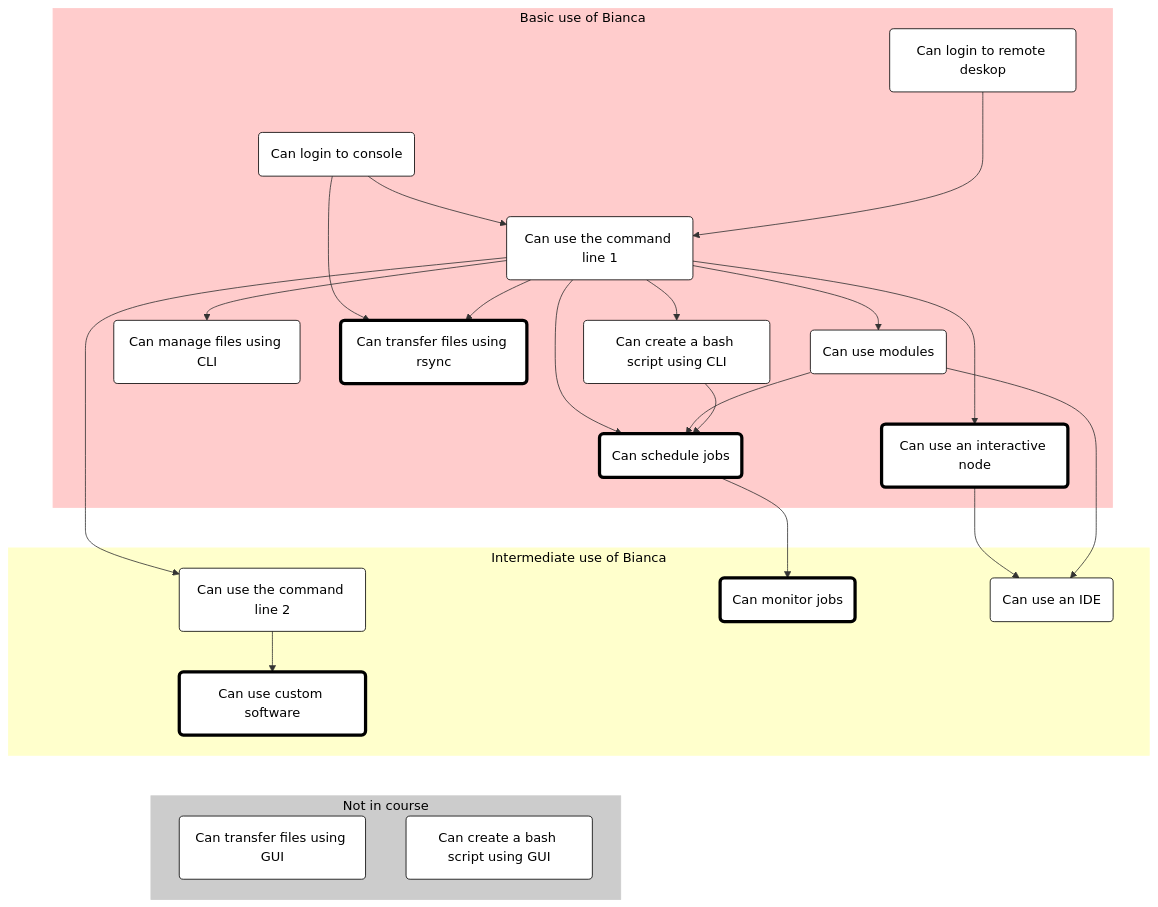
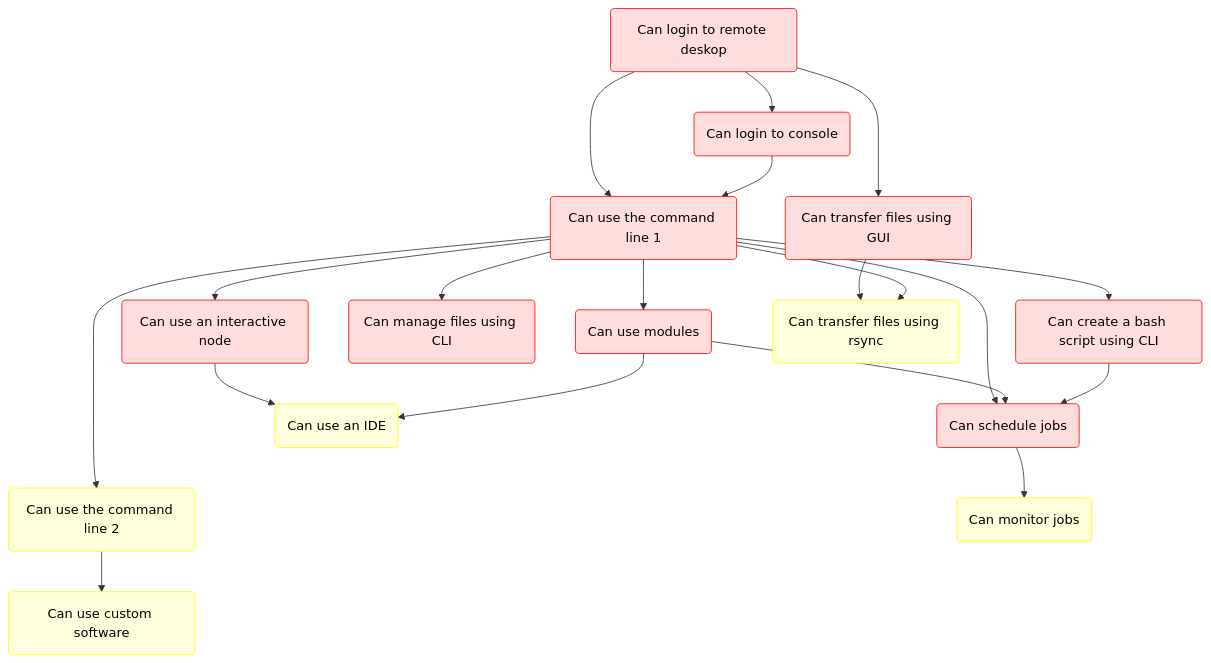
The diagram in docs/intro.md (UPPMAX/bianca_workshop), drawn with Mermaid before and after one commit. The commit also changed other lines of this file, not shown here.

Commit message:
Add suggested schedule by Björn

````diff
--- a/docs/intro.md
+++ b/docs/intro.md
@@ -91,72 +120,61 @@
 ```mermaid
 %% Direction is top->down
 flowchart TD
 
     %% Give a white background, instead of a transparent one
     classDef node fill:#fff,color:#000,stroke:#000
     classDef focus_node fill:#fff,color:#000,stroke:#000,stroke-width:4px
+    classDef basic_node fill:#fdd,color:#000,stroke:#f00
+    classDef intermediate_node fill:#ffd,color:#000,stroke:#ff0
     
-    subgraph sub_basic_use["Basic use of Bianca"]
-      can_login_to_remove_desktop(Can login to remote deskop)
-      can_login_to_console(Can login to console)
-      can_use_command_line_1(Can use the command line 1)
-      can_use_modules(Can use modules)
-      can_use_interactive_node(Can use an interactive node):::focus_node
-      can_manage_files_using_cli(Can manage files using CLI)
-      can_tranfer_files_using_rsync(Can transfer files using rsync):::focus_node
-      can_schedule_jobs(Can schedule jobs):::focus_node
-      can_create_bash_script_using_cli(Can create a bash script using CLI)
-    end
-    style sub_basic_use fill:#fcc,color:#000,stroke:#fcc
+    %% subgraph sub_basic_use[Basic use of Bianca]
+      can_login_to_remove_desktop(Can login to remote deskop):::basic_node
+      can_login_to_console(Can login to console):::basic_node
+      can_use_command_line_1(Can use the command line 1):::basic_node
+      can_use_modules(Can use modules):::basic_node
+      can_use_interactive_node(Can use an interactive node):::basic_node
+      can_manage_files_using_cli(Can manage files using CLI):::basic_node
+      can_schedule_jobs(Can schedule jobs):::basic_node
+      can_create_bash_script_using_cli(Can create a bash script using CLI):::basic_node
+      can_tranfer_files_using_gui(Can transfer files using GUI):::basic_node
+    %% end
+    %% style sub_basic_use fill:#fcc,color:#000,stroke:#fcc
 
-    subgraph sub_intermediate_use["Intermediate use of Bianca"]
-      can_use_command_line_2(Can use the command line 2)
-      can_use_custom_software(Can use custom software):::focus_node
-      can_monitor_jobs(Can monitor jobs):::focus_node
-      can_use_ide(Can use an IDE)
-    end
-    style sub_intermediate_use fill:#ffc,color:#000,stroke:#ffc
-
-    subgraph sub_non_goal["Not in course"]
-      can_tranfer_files_using_gui(Can transfer files using GUI)
-      can_create_bash_script_using_gui(Can create a bash script using GUI)
-    end
-    style sub_non_goal fill:#ccc,color:#000,stroke:#ccc
+    %% subgraph sub_intermediate_use[Intermediate use of Bianca]
+      can_tranfer_files_using_rsync(Can transfer files using rsync):::intermediate_node
+      can_use_command_line_2(Can use the command line 2):::intermediate_node
+      can_use_custom_software(Can use custom software):::intermediate_node
+      can_monitor_jobs(Can monitor jobs):::intermediate_node
+      can_use_ide(Can use an IDE):::intermediate_node
+    %% end
+    %% style sub_intermediate_use fill:#ffc,color:#000,stroke:#ffc
 
 
     %% Basic
-    can_login_to_console --> can_tranfer_files_using_rsync
+    can_login_to_remove_desktop --> can_login_to_console
+    can_login_to_remove_desktop --> can_use_command_line_1
+    can_login_to_remove_desktop --> can_tranfer_files_using_gui
     can_login_to_console --> can_use_command_line_1
-    can_login_to_remove_desktop ---> can_use_command_line_1
     can_use_command_line_1 --> can_use_modules
     can_use_command_line_1 --> can_use_interactive_node
     can_use_command_line_1 --> can_use_command_line_2
     can_use_command_line_1 --> can_create_bash_script_using_cli
     can_use_command_line_1 --> can_schedule_jobs
     can_use_command_line_1 --> can_manage_files_using_cli
-    can_use_command_line_1 --> can_tranfer_files_using_rsync
     can_use_modules --> can_schedule_jobs
     can_create_bash_script_using_cli --> can_schedule_jobs
 
     %% Basic -> Intermediate
+    can_tranfer_files_using_gui --> can_tranfer_files_using_rsync
     can_schedule_jobs --> can_monitor_jobs
     can_use_interactive_node --> can_use_ide
     can_use_modules --> can_use_ide
 
     %% Make sure Intermediate is below Basic,
     %% using invisible nodes
     can_schedule_jobs ~~~ can_use_command_line_2
 
     %% Intermediate
+    can_use_command_line_1 --> can_tranfer_files_using_rsync
     can_use_command_line_2 --> can_use_custom_software
-
-    %% Basic -> None
-    %% can_login_to_remove_desktop ---> can_tranfer_files_using_gui
-    %% can_tranfer_files_using_gui --> can_use_custom_software
-    %% can_login_to_remove_desktop ---> can_create_bash_script_using_gui
-    %% can_create_bash_script_using_gui --> can_schedule_jobs
-
-    %% Make sure Non-goals is below Intermediat,
-    %% using invisible nodes
-    can_use_custom_software ~~~ can_tranfer_files_using_gui
 ```
````
